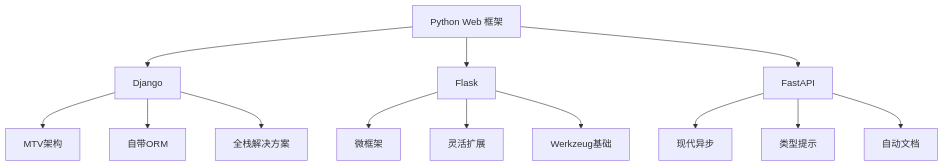
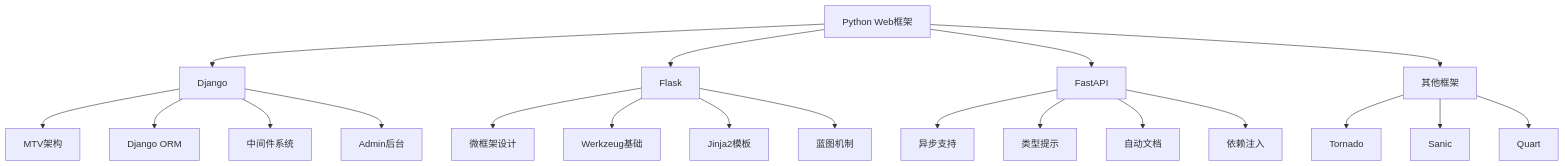
The diagram in questions/backend/python-web-frameworks.md (ming-xwolf/IQB), drawn with Mermaid before and after one commit. The commit also changed other lines of this file and 23 other files, not shown here.

Commit message:
优化后端面试题：重构理论与代码分离，优化Mermaid图表和文档结构

````diff
--- a/questions/backend/python-web-frameworks.md
+++ b/questions/backend/python-web-frameworks.md
@@ -18,18 +31,26 @@
 ```mermaid
-graph TD
-    A[Python Web 框架] --> B[Django]
+graph TB
+    A[Python Web框架] --> B[Django]
     A --> C[Flask]
     A --> D[FastAPI]
+    A --> E[其他框架]
     
     B --> B1[MTV架构]
-    B --> B2[自带ORM]
-    B --> B3[全栈解决方案]
+    B --> B2[Django ORM]
+    B --> B3[中间件系统]
+    B --> B4[Admin后台]
     
-    C --> C1[微框架]
-    C --> C2[灵活扩展]
-    C --> C3[Werkzeug基础]
+    C --> C1[微框架设计]
+    C --> C2[Werkzeug基础]
+    C --> C3[Jinja2模板]
+    C --> C4[蓝图机制]
     
-    D --> D1[现代异步]
+    D --> D1[异步支持]
     D --> D2[类型提示]
     D --> D3[自动文档]
+    D --> D4[依赖注入]
+    
+    E --> E1[Tornado]
+    E --> E2[Sanic]
+    E --> E3[Quart]
 ```
````
